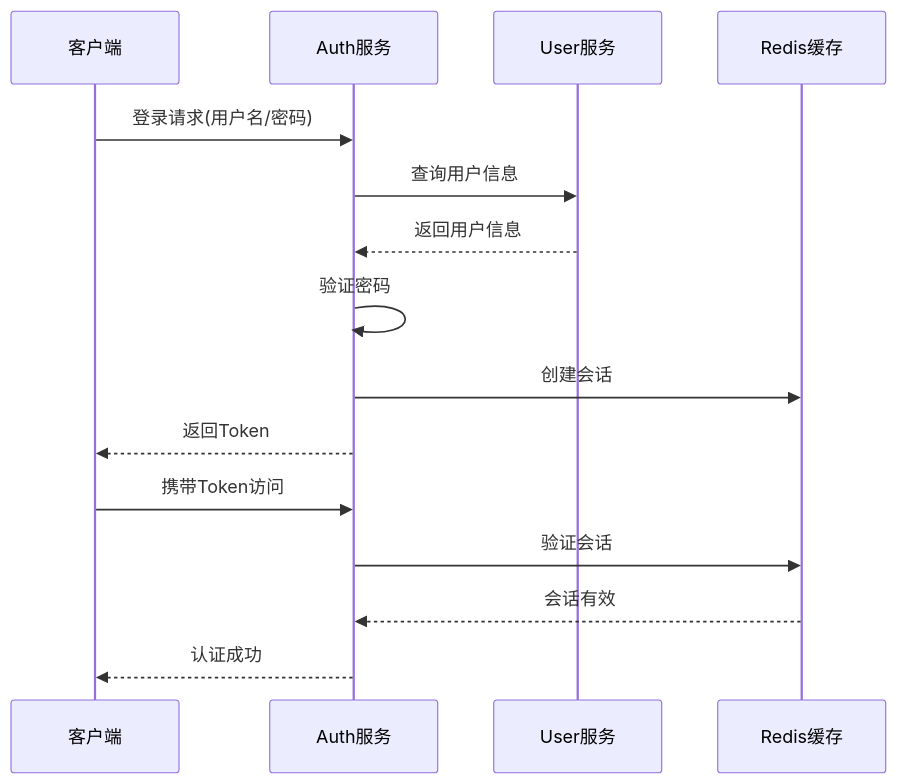
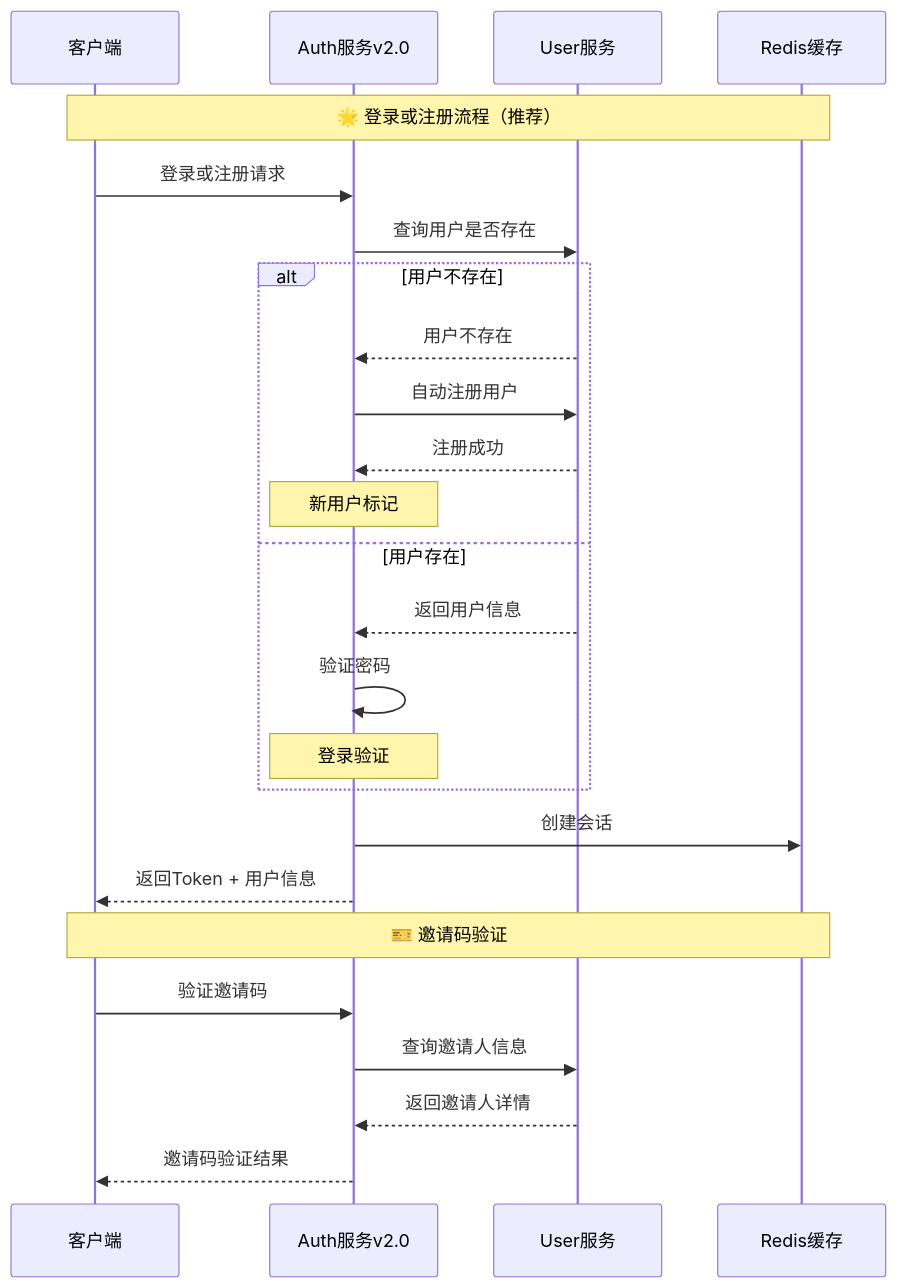
One commit to GIGOpenSource/Collide changed the diagram in Document/api/auth-api.md. Above: the diagram before and after it, drawn with Mermaid. The commit also changed other lines of this file and 85 other files, not shown here.

````diff
--- a/Document/api/auth-api.md
+++ b/Document/api/auth-api.md
@@ -46,19 +54,29 @@
 ```mermaid
 sequenceDiagram
     participant Client as 客户端
-    participant Auth as Auth服务
+    participant Auth as Auth服务v2.0
     participant User as User服务
     participant Redis as Redis缓存
     
-    Client->>Auth: 登录请求(用户名/密码)
-    Auth->>User: 查询用户信息
-    User-->>Auth: 返回用户信息
-    Auth->>Auth: 验证密码
+    Note over Client,Redis: 🌟 登录或注册流程（推荐）
+    Client->>Auth: 登录或注册请求
+    Auth->>User: 查询用户是否存在
+    alt 用户不存在
+        User-->>Auth: 用户不存在
+        Auth->>User: 自动注册用户
+        User-->>Auth: 注册成功
+        Note over Auth: 新用户标记
+    else 用户存在
+        User-->>Auth: 返回用户信息
+        Auth->>Auth: 验证密码
+        Note over Auth: 登录验证
+    end
     Auth->>Redis: 创建会话
-    Auth-->>Client: 返回Token
+    Auth-->>Client: 返回Token + 用户信息
     
-    Client->>Auth: 携带Token访问
-    Auth->>Redis: 验证会话
-    Redis-->>Auth: 会话有效
-    Auth-->>Client: 认证成功
+    Note over Client,Redis: 🎫 邀请码验证
+    Client->>Auth: 验证邀请码
+    Auth->>User: 查询邀请人信息
+    User-->>Auth: 返回邀请人详情
+    Auth-->>Client: 邀请码验证结果
 ```
````
